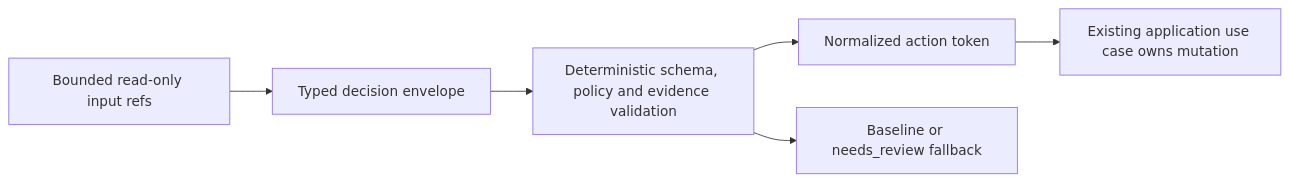
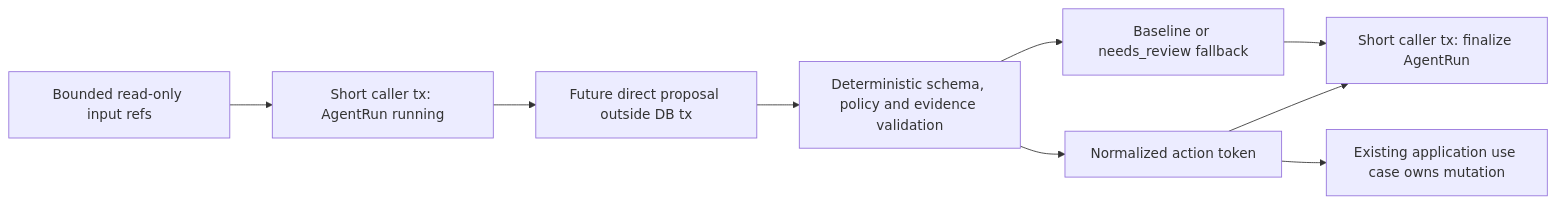
Before and after one commit to HPhucTV/DevRadar: the fifth of 5 diagrams in docs/ARCHITECTURE.md, drawn with Mermaid. The commit also changed other lines of this file and 6 other files, not shown here.

Commit message:
docs: close v4-003 agent run safety

````diff
--- a/docs/ARCHITECTURE.md
+++ b/docs/ARCHITECTURE.md
@@ -119,8 +119,11 @@
 ```mermaid
 flowchart LR
-    I["Bounded read-only input refs"] --> D["Typed decision envelope"]
+    I["Bounded read-only input refs"] --> S["Short caller tx: AgentRun running"]
+    S --> D["Future direct proposal outside DB tx"]
     D --> V["Deterministic schema, policy and evidence validation"]
     V --> A["Normalized action token"]
     V --> F["Baseline or needs_review fallback"]
+    A --> T["Short caller tx: finalize AgentRun"]
+    F --> T
     A --> W["Existing application use case owns mutation"]
 ```
````
